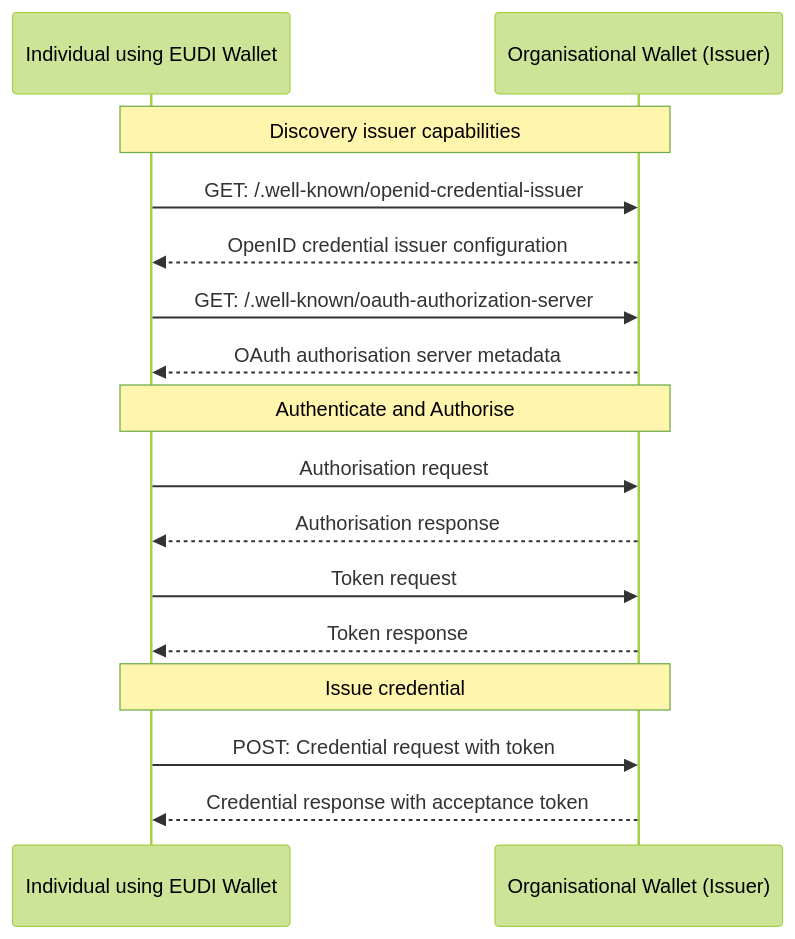
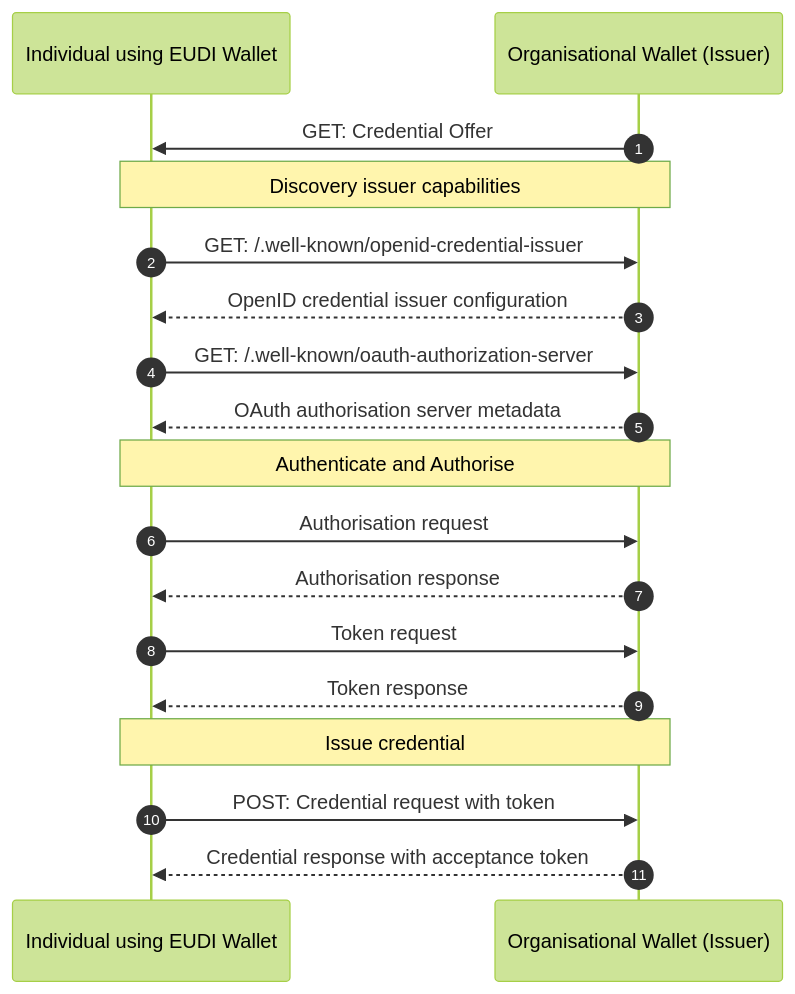
The first of 2 diagrams in ewc-rfc001-issue-verifiable-credential.md (EWC-consortium/eudi-wallet-rfcs), drawn with Mermaid (forest theme) before and after one commit. The commit also changed other lines of this file, not shown here.

Commit message:
Fix: Remove  parameter from authorisation request examples

````diff
--- a/ewc-rfc001-issue-verifiable-credential.md
+++ b/ewc-rfc001-issue-verifiable-credential.md
@@ -66,21 +66,23 @@
 ```mermaid
-  sequenceDiagram
-    participant I as Individual using EUDI Wallet
-    participant O as Organisational Wallet (Issuer)
+sequenceDiagram
+  autonumber
+  participant I as Individual using EUDI Wallet
+  participant O as Organisational Wallet (Issuer)
+  
+  O->>I: GET: Credential Offer
+  Note over I,O: Discovery issuer capabilities
+  I->>O: GET: /.well-known/openid-credential-issuer
+  O-->>I: OpenID credential issuer configuration
+  I->>O: GET: /.well-known/oauth-authorization-server
+  O-->>I: OAuth authorisation server metadata
 
-    Note over I,O: Discovery issuer capabilities
-    I->>O: GET: /.well-known/openid-credential-issuer
-    O-->>I: OpenID credential issuer configuration
-    I->>O: GET: /.well-known/oauth-authorization-server
-    O-->>I: OAuth authorisation server metadata
+  Note over I,O: Authenticate and Authorise
+  I->>O: Authorisation request
+  O-->>I: Authorisation response
+  I->>O: Token request
+  O-->>I: Token response
 
-    Note over I,O: Authenticate and Authorise
-    I->>O: Authorisation request
-    O-->>I: Authorisation response
-    I->>O: Token request
-    O-->>I: Token response
-
-    Note over I,O: Issue credential
-    I->>O: POST: Credential request with token
-    O-->>I: Credential response with acceptance token
+  Note over I,O: Issue credential
+  I->>O: POST: Credential request with token
+  O-->>I: Credential response with acceptance token
 ```
````
